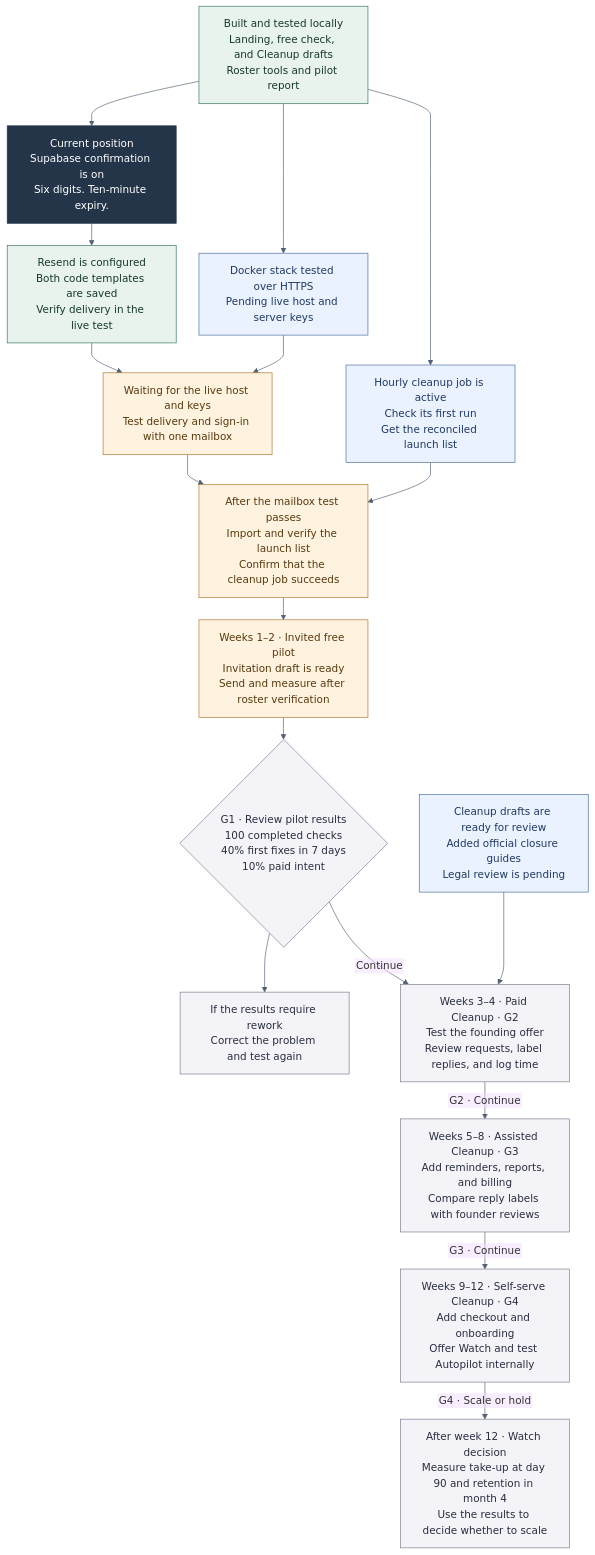
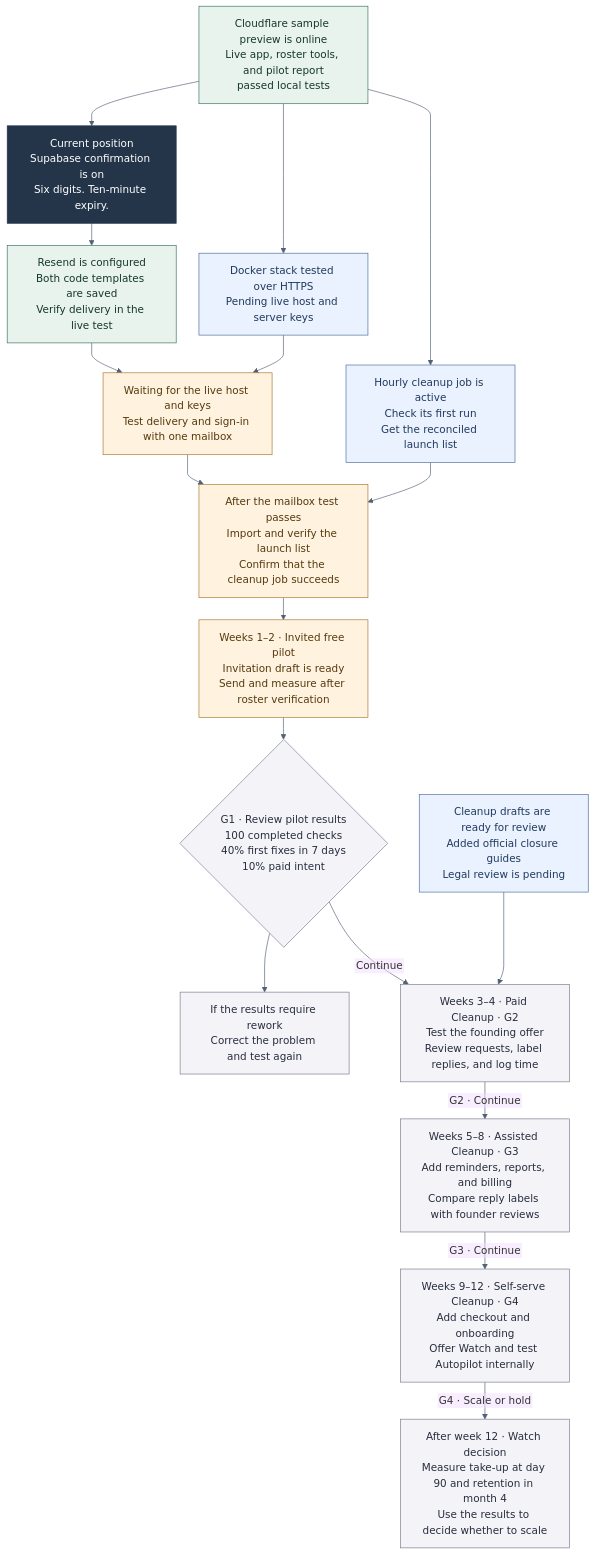
The diagram in MVP/diagrams/mvp-development.mmd (AdrianKondrat/privacy_agent), drawn with Mermaid before and after one commit. The commit also changed 4 other files, not shown here.

Commit message:
Record the verified Cloudflare preview in the roadmap

```diff
--- a/MVP/diagrams/mvp-development.mmd
+++ b/MVP/diagrams/mvp-development.mmd
@@ -1,44 +1,44 @@
 %%{init: {"theme": "base", "flowchart": {"htmlLabels": false, "nodeSpacing": 35, "rankSpacing": 34, "curve": "monotoneY"}, "themeVariables": {"fontFamily": "Arial", "fontSize": "16px", "lineColor": "#526174"}}}%%
 graph TD
-  Ready["Built and tested locally<br/>Landing, free check, and Cleanup drafts<br/>Roster tools and pilot report"]
+  Ready["Cloudflare sample preview is online<br/>Live app, roster tools, and pilot report<br/>passed local tests"]
   Auth["Current position<br/>Supabase confirmation is on<br/>Six digits. Ten-minute expiry."]
   Email["Resend is configured<br/>Both code templates are saved<br/>Verify delivery in the live test"]
   Host["Docker stack tested over HTTPS<br/>Pending live host and server keys"]
   RosterPrep["Hourly cleanup job is active<br/>Check its first run<br/>Get the reconciled launch list"]
   Live["Waiting for the live host and keys<br/>Test delivery and sign-in with one mailbox"]
   Import["After the mailbox test passes<br/>Import and verify the launch list<br/>Confirm that the cleanup job succeeds"]
   Pilot["Weeks 1–2 · Invited free pilot<br/>Invitation draft is ready<br/>Send and measure after roster verification"]
   G1{"G1 · Review pilot results<br/>100 completed checks<br/>40% first fixes in 7 days<br/>10% paid intent"}
   Rework["If the results require rework<br/>Correct the problem and test again"]
   Prep["Cleanup drafts are ready for review<br/>Added official closure guides<br/>Legal review is pending"]
   Paid["Weeks 3–4 · Paid Cleanup · G2<br/>Test the founding offer<br/>Review requests, label replies, and log time"]
   Assisted["Weeks 5–8 · Assisted Cleanup · G3<br/>Add reminders, reports, and billing<br/>Compare reply labels with founder reviews"]
   SelfServe["Weeks 9–12 · Self-serve Cleanup · G4<br/>Add checkout and onboarding<br/>Offer Watch and test Autopilot internally"]
   Watch["After week 12 · Watch decision<br/>Measure take-up at day 90 and retention in month 4<br/>Use the results to decide whether to scale"]
 
   Ready --> Auth
   Ready --> Host
   Ready --> RosterPrep
   Auth --> Email
   Email --> Live
   Host --> Live
   Live --> Import
   RosterPrep --> Import
   Import --> Pilot --> G1
   G1 --> Rework
   G1 -->|Continue| Paid
   Prep --> Paid
   Paid -->|G2 · Continue| Assisted
   Assisted -->|G3 · Continue| SelfServe
   SelfServe -->|G4 · Scale or hold| Watch
 
   classDef ready fill:#e8f3ed,stroke:#36715c,color:#16382b;
   classDef current fill:#24354a,stroke:#24354a,color:#fff;
   classDef independent fill:#eaf1ff,stroke:#476b9a,color:#203a5d;
   classDef waiting fill:#fff3df,stroke:#a9742e,color:#56390f;
   classDef planned fill:#f4f4f8,stroke:#777b8b,color:#282d3f;
   class Ready,Email ready;
   class Auth current;
   class Host,RosterPrep,Prep independent;
   class Live,Import,Pilot waiting;
   class G1,Rework,Paid,Assisted,SelfServe,Watch planned;
```
